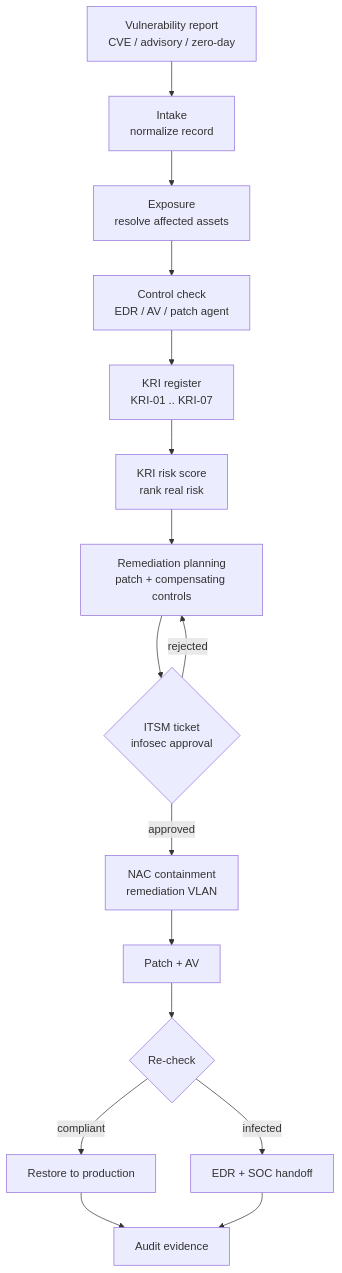
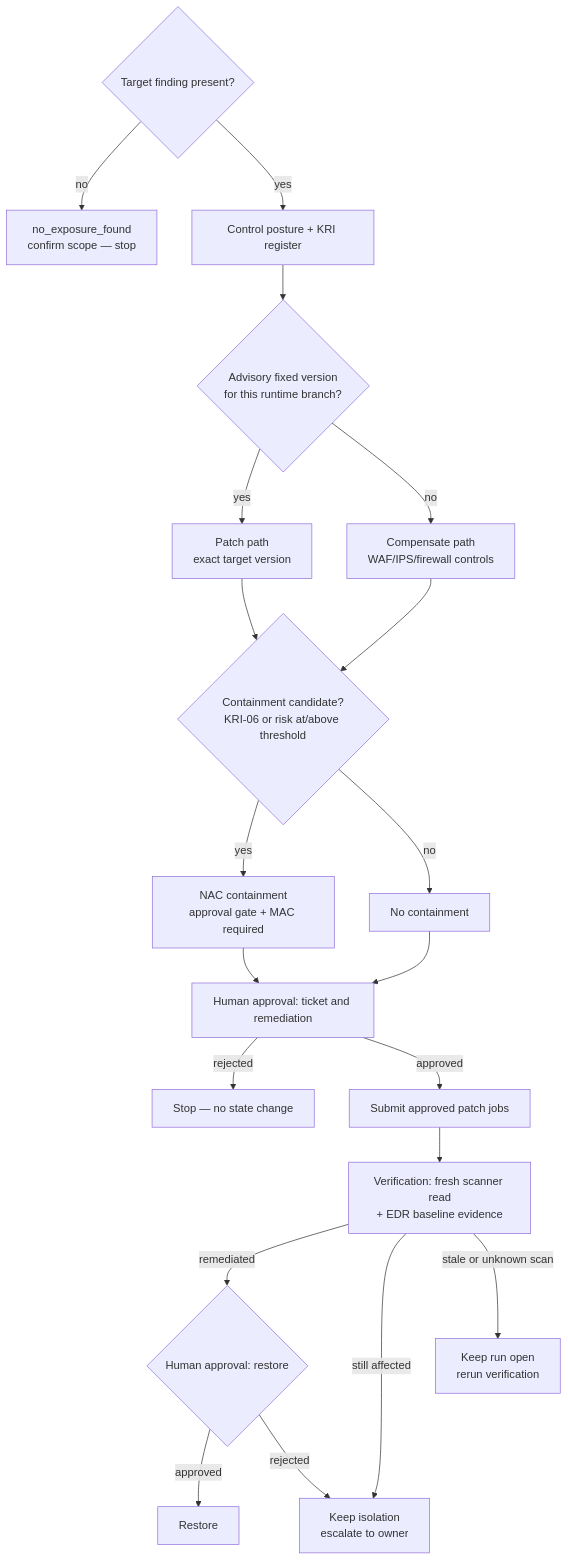
One commit to sword0x00/SecOps-Autopilot changed the diagram in playbooks/vuln-to-verified-fix.md. Above: the diagram before and after it, drawn with Mermaid. The commit also changed other lines of this file and 76 other files, not shown here.

````diff
--- a/playbooks/vuln-to-verified-fix.md
+++ b/playbooks/vuln-to-verified-fix.md
@@ -7,18 +228,22 @@
 ```mermaid
 flowchart TD
-    A[Vulnerability report<br/>CVE / advisory / zero-day] --> B[Intake<br/>normalize record]
-    B --> C[Exposure<br/>resolve affected assets]
-    C --> D[Control check<br/>EDR / AV / patch agent]
-    D --> E[KRI register<br/>KRI-01 .. KRI-07]
-    E --> E2[KRI risk score<br/>rank real risk]
-    E2 --> F[Remediation planning<br/>patch + compensating controls]
-    F --> G{ITSM ticket<br/>infosec approval}
-    G -->|approved| H[NAC containment<br/>remediation VLAN]
-    G -->|rejected| F
-    H --> I[Patch + AV]
-    I --> J{Re-check}
-    J -->|compliant| K[Restore to production]
-    J -->|infected| L[EDR + SOC handoff]
-    K --> M[Audit evidence]
-    L --> M
+    A{Target finding present?} -->|no| B[no_exposure_found<br/>confirm scope — stop]
+    A -->|yes| C[Control posture + KRI register]
+    C --> D{Advisory fixed version<br/>for this runtime branch?}
+    D -->|yes| E[Patch path<br/>exact target version]
+    D -->|no| F[Compensate path<br/>WAF/IPS/firewall controls]
+    E --> G{Containment candidate?<br/>KRI-06 or risk at/above threshold}
+    F --> G
+    G -->|yes| H[NAC containment<br/>approval gate + MAC required]
+    G -->|no| I[No containment]
+    H --> J[Human approval: ticket and remediation]
+    I --> J
+    J -->|rejected| L[Stop — no state change]
+    J -->|approved| K[Submit approved patch jobs]
+    K --> M[Verification: fresh scanner read<br/>+ EDR baseline evidence]
+    M -->|remediated| N{Human approval: restore}
+    M -->|still affected| O[Keep isolation<br/>escalate to owner]
+    M -->|stale or unknown scan| P[Keep run open<br/>rerun verification]
+    N -->|approved| Q[Restore]
+    N -->|rejected| O
 ```
````
